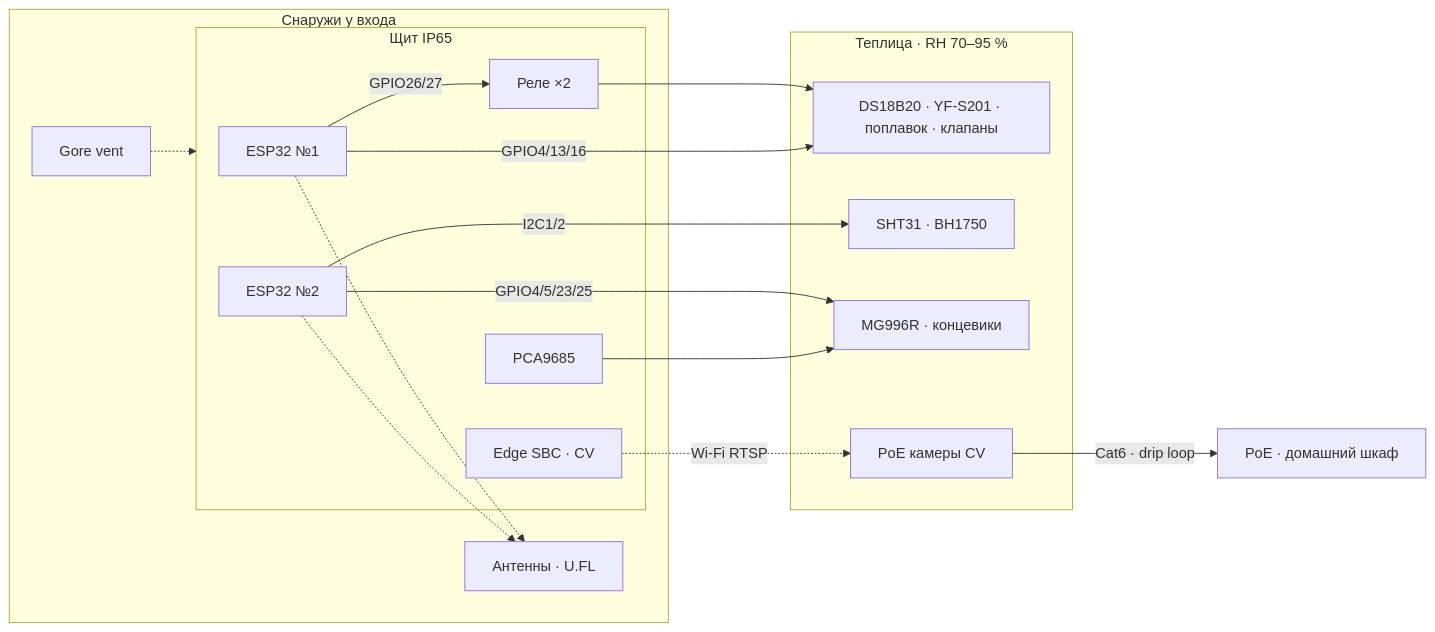
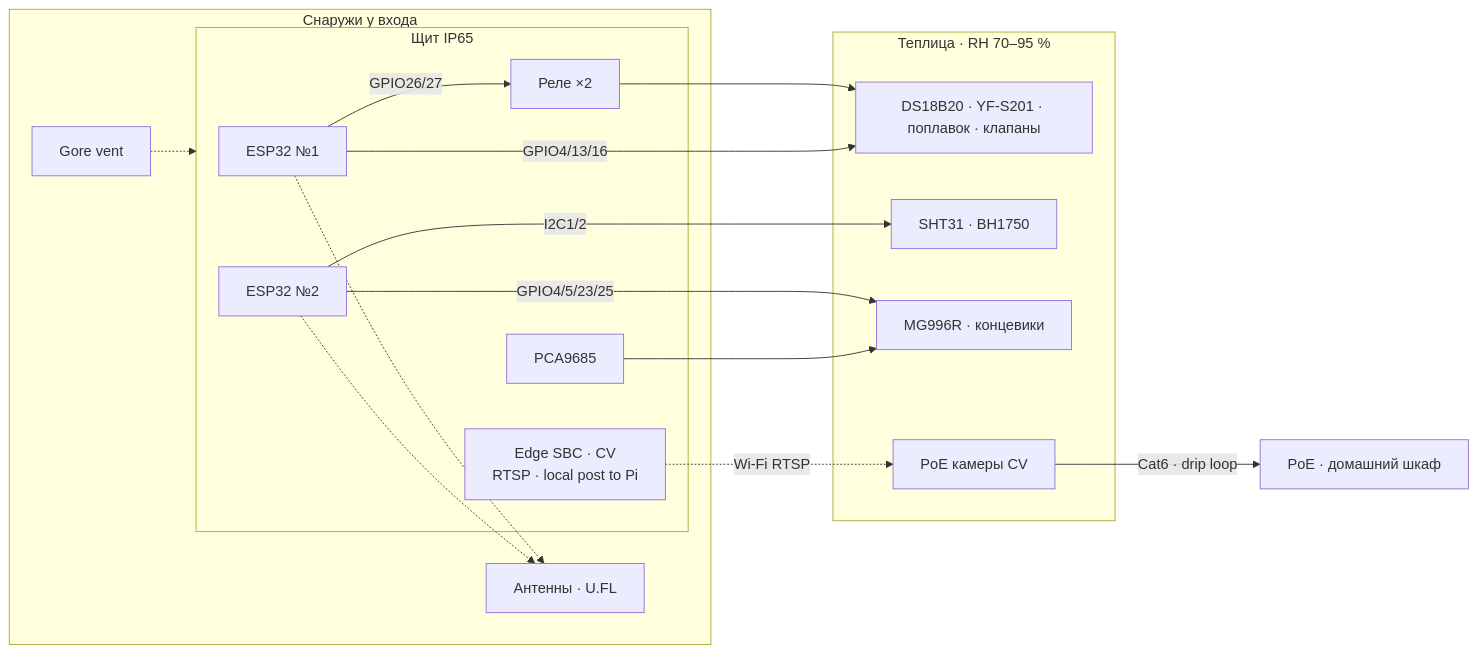
The sixth of 6 diagrams in docs/04-esp32-and-cabinet.md (TiunovNN/smart-greenhouse), drawn with Mermaid before and after one commit. The commit also changed other lines of this file and 13 other files, not shown here.

````diff
--- a/docs/04-esp32-and-cabinet.md
+++ b/docs/04-esp32-and-cabinet.md
@@ -381,33 +381,33 @@
 ```mermaid
 flowchart LR
   subgraph outdoor["Снаружи у входа"]
     subgraph shield["Щит IP65"]
       E1["ESP32 №1"]
       E2["ESP32 №2"]
-      SBC["Edge SBC · CV"]
+      SBC["Edge SBC · CV<br/>RTSP · local post to Pi"]
       REL["Реле ×2"]
       PCA["PCA9685"]
     end
     ANT["Антенны · U.FL"]
     GORE["Gore vent"]
   end
 
   subgraph gh["Теплица · RH 70–95 %"]
     HYDR["DS18B20 · YF-S201 · поплавок · клапаны"]
     CLIM["SHT31 · BH1750"]
     WIN["MG996R · концевики"]
     CAM["PoE камеры CV"]
   end
 
   E1 -->|"GPIO26/27"| REL
   REL --> HYDR
   E1 -->|"GPIO4/13/16"| HYDR
   E2 -->|"I2C1/2"| CLIM
   E2 -->|"GPIO4/5/23/25"| WIN
   PCA --> WIN
   CAM -->|"Cat6 · drip loop"| POE["PoE · домашний шкаф"]
   SBC -.->|"Wi‑Fi RTSP"| CAM
   E1 -.-> ANT
   E2 -.-> ANT
   GORE -.-> shield
 ```
````
